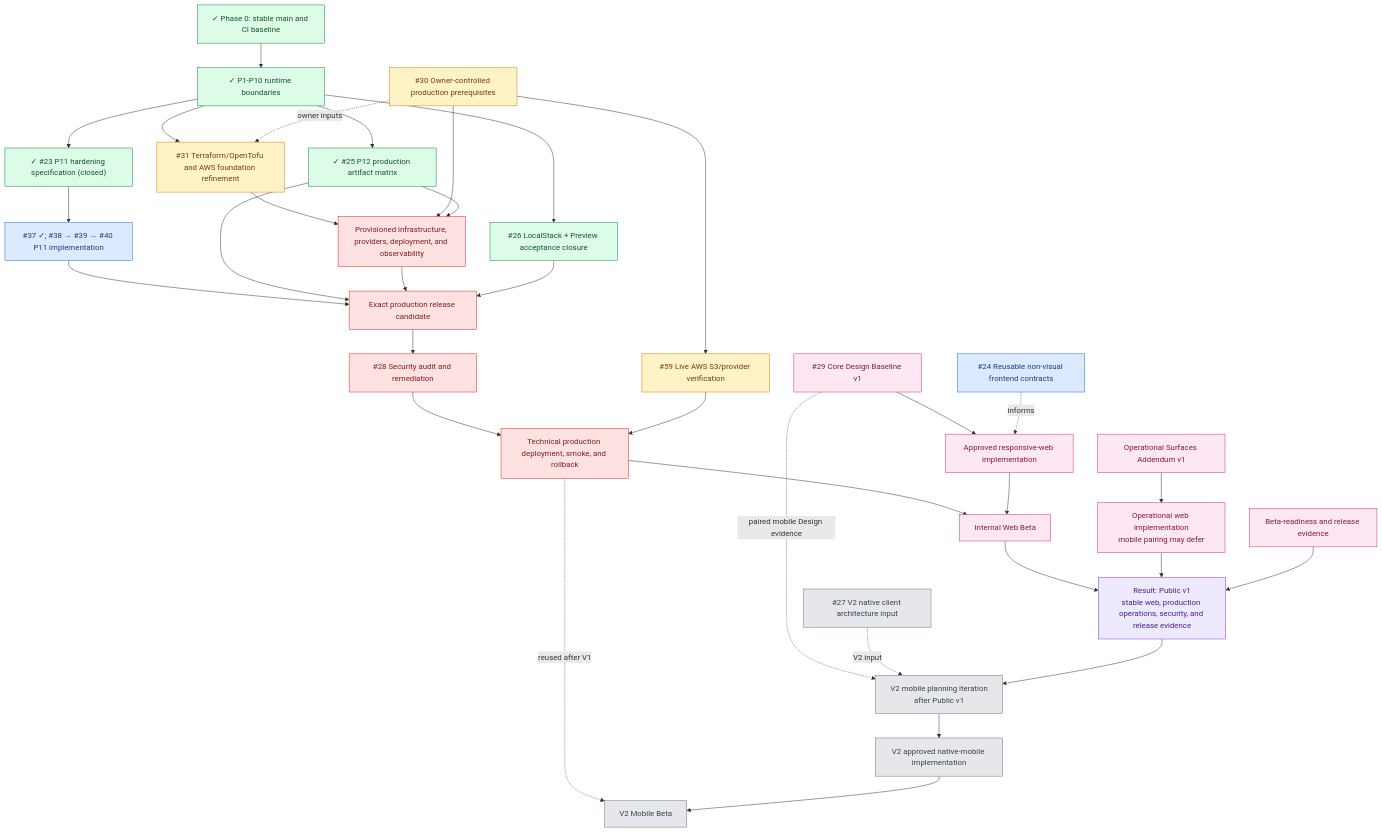
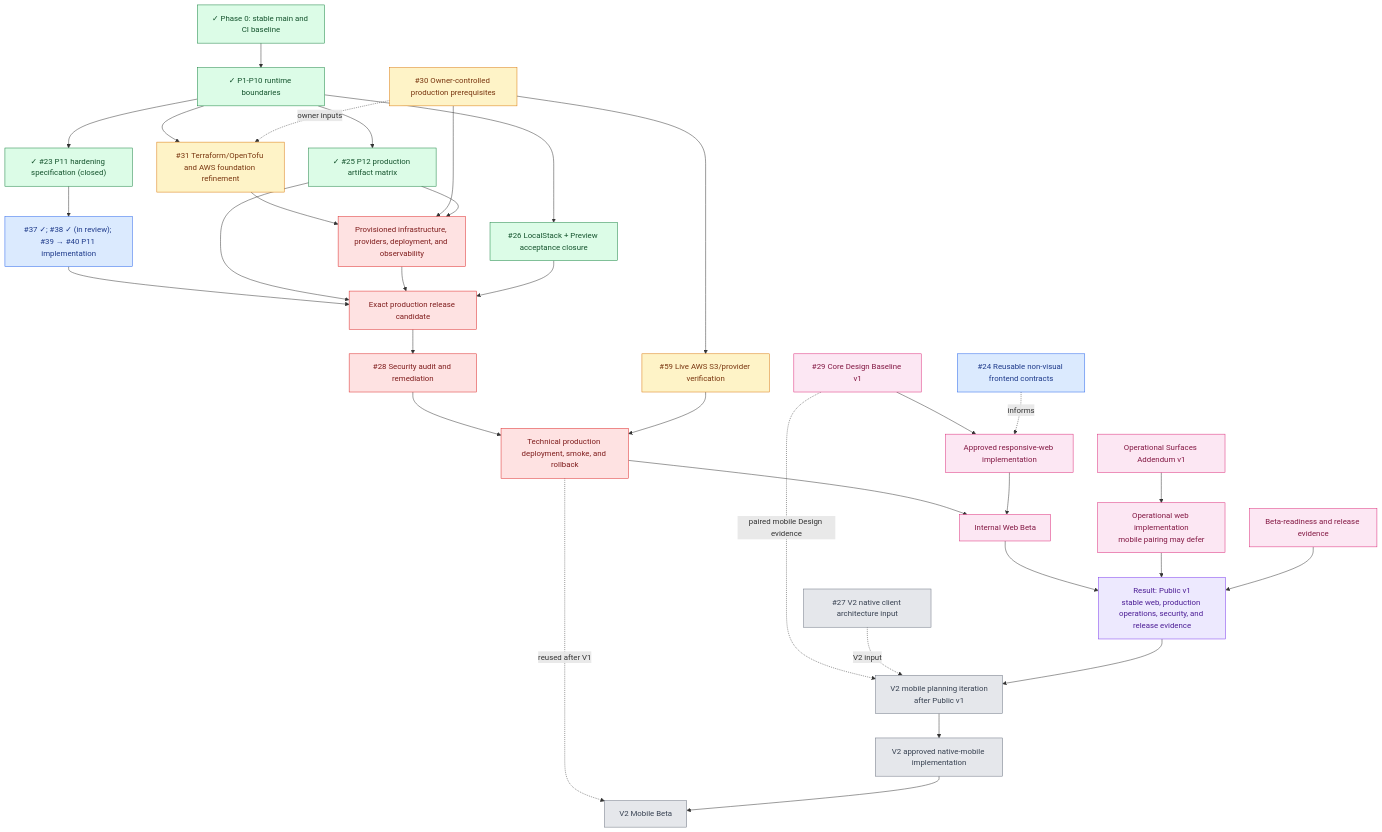
The third of 3 diagrams in docs/roadmap.md (starkovalera/recipe-manager), drawn with Mermaid before and after one commit. The commit also changed other lines of this file and 4 other files, not shown here.

```diff
--- a/docs/roadmap.md
+++ b/docs/roadmap.md
@@ -171,7 +171,7 @@
   runtime["✓ P1-P10 runtime boundaries"]
 
   p11["✓ #23 P11 hardening specification (closed)"]
-  p11Implementation["#37 ✓; #38 → #39 → #40 P11 implementation"]
+  p11Implementation["#37 ✓; #38 ✓ (in review); #39 → #40 P11 implementation"]
   p12["✓ #25 P12 production artifact matrix"]
   localstack["#26 LocalStack + Preview acceptance closure"]
   liveAws["#59 Live AWS S3/provider verification"]
```
